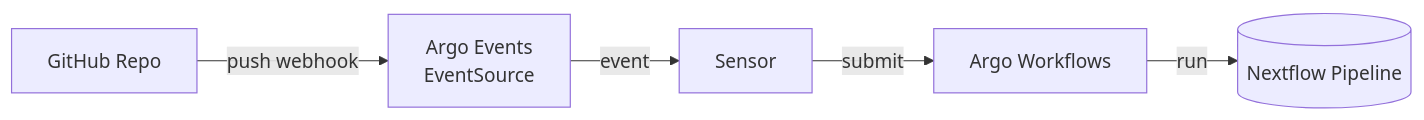
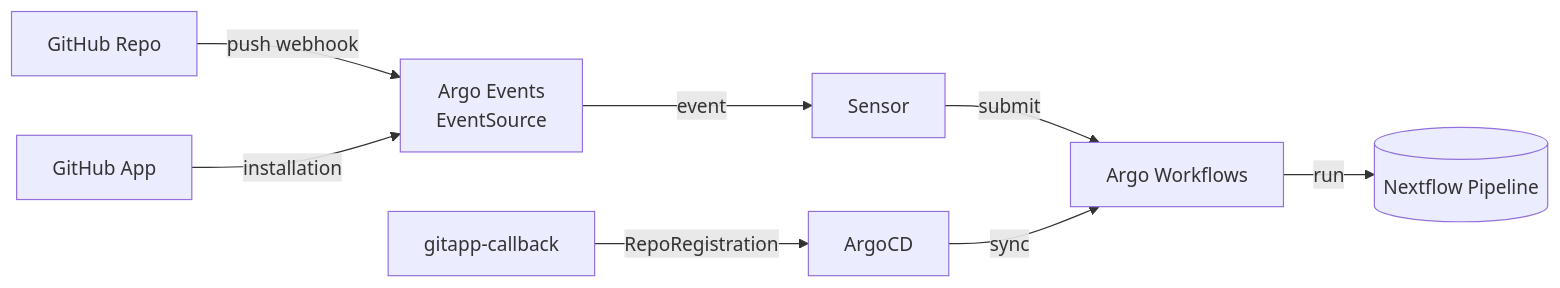
One commit to calypr/argo-helm changed the diagram in docs/admin-guide.md. Above: the diagram before and after it, drawn with Mermaid. The commit also changed other lines of this file and 11 other files, not shown here.

````diff
--- a/docs/admin-guide.md
+++ b/docs/admin-guide.md
@@ -11,7 +11,10 @@
 ```mermaid
 flowchart LR
   A[GitHub Repo] -->|push webhook| B[Argo Events<br>EventSource]
   B -->|event| C[Sensor]
   C -->|submit| D[Argo Workflows]
   D -->|run| E[(Nextflow Pipeline)]
+  F[GitHub App] -->|installation| B
+  G[gitapp-callback] -->|RepoRegistration| H[ArgoCD]
+  H -->|sync| D
 ```
````
